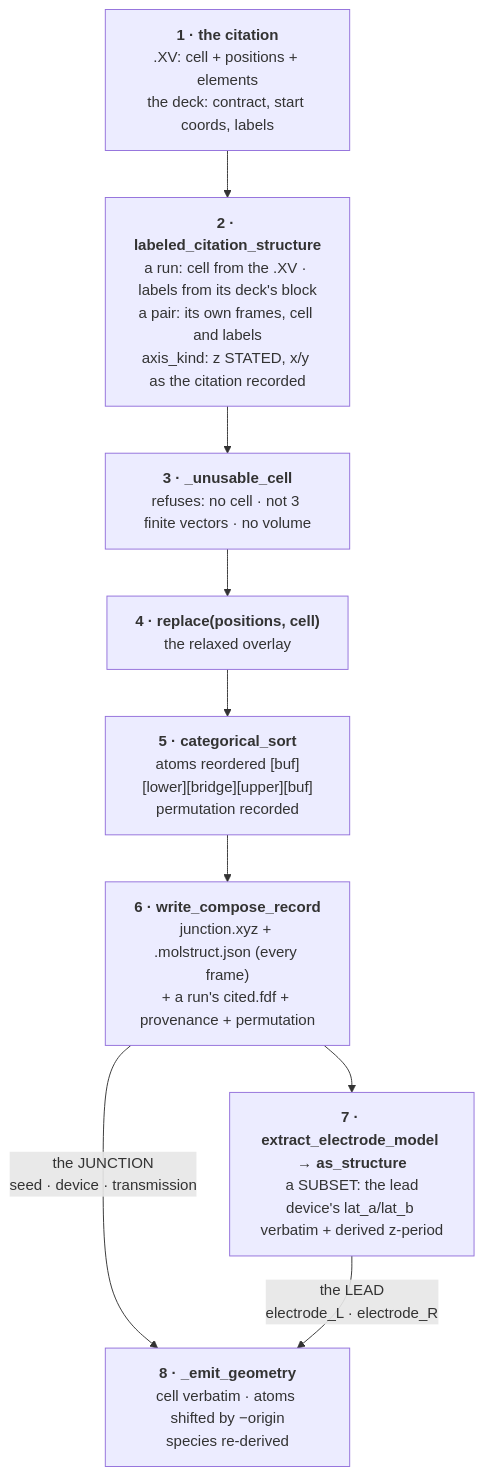
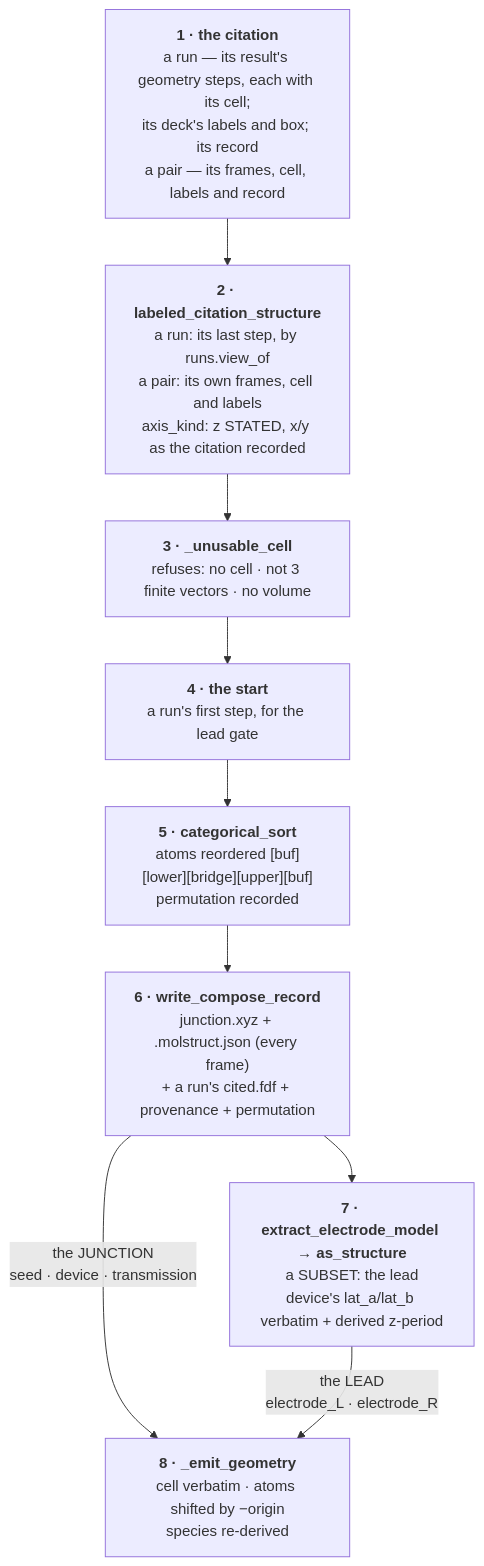
Before and after one commit to Qing-LAB/molbuilder: diagram 13 of 13 in docs/engines/transport.md, drawn with Mermaid. The commit also changed other lines of this file and 23 other files, not shown here.

````diff
--- a/docs/engines/transport.md
+++ b/docs/engines/transport.md
@@ -3940,15 +3946,15 @@
 ```mermaid
 flowchart TB
-    XV["<b>1 · the citation</b><br/>.XV: cell + positions + elements<br/>the deck: contract, start coords, labels"]
-    LOAD["<b>2 · labeled_citation_structure</b><br/>a run: cell from the .XV · labels from its deck's block<br/>a pair: its own frames, cell and labels<br/>axis_kind: z STATED, x/y as the citation recorded"]
+    XV["<b>1 · the citation</b><br/>a run — its result's geometry steps, each with its cell;<br/>its deck's labels and box; its record<br/>a pair — its frames, cell, labels and record"]
+    LOAD["<b>2 · labeled_citation_structure</b><br/>a run: its last step, by runs.view_of<br/>a pair: its own frames, cell and labels<br/>axis_kind: z STATED, x/y as the citation recorded"]
     GATE["<b>3 · _unusable_cell</b><br/>refuses: no cell · not 3 finite vectors · no volume"]
-    OVER["<b>4 · replace(positions, cell)</b><br/>the relaxed overlay"]
+    OVER["<b>4 · the start</b><br/>a run's first step, for the lead gate"]
     SORT["<b>5 · categorical_sort</b><br/>atoms reordered [buf][lower][bridge][upper][buf]<br/>permutation recorded"]
     REC["<b>6 · write_compose_record</b><br/>junction.xyz + .molstruct.json (every frame)<br/>+ a run's cited.fdf + provenance + permutation"]
     EX["<b>7 · extract_electrode_model → as_structure</b><br/>a SUBSET: the lead<br/>device's lat_a/lat_b verbatim + derived z-period"]
     EM["<b>8 · _emit_geometry</b><br/>cell verbatim · atoms shifted by −origin<br/>species re-derived"]
 
     XV --> LOAD --> GATE --> OVER --> SORT --> REC
     REC -->|"the JUNCTION<br/>seed · device · transmission"| EM
     REC --> EX -->|"the LEAD<br/>electrode_L · electrode_R"| EM
 ```
````
